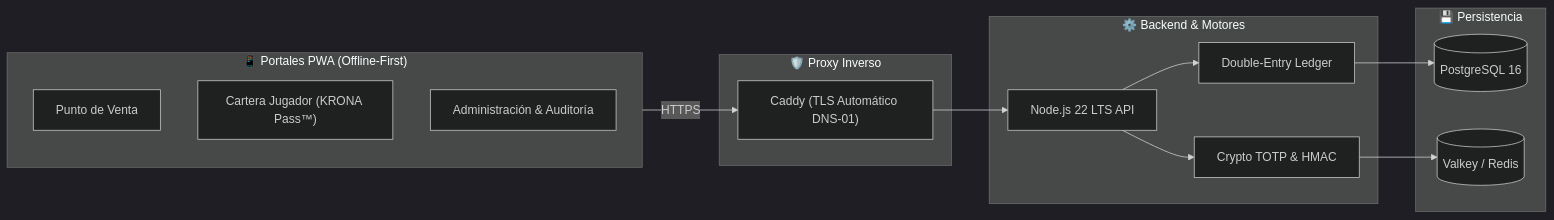
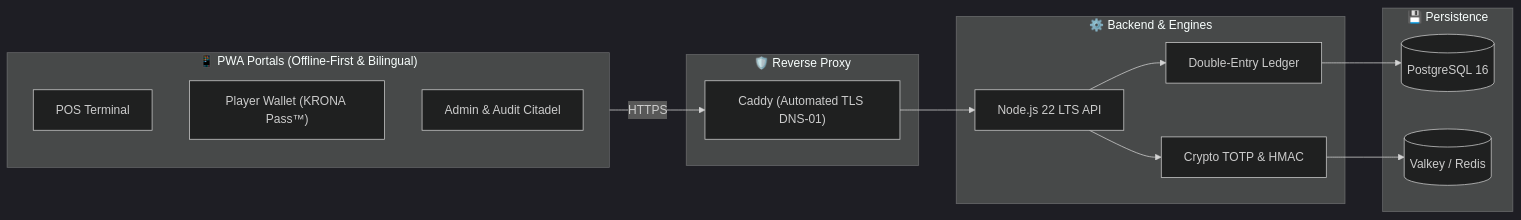
One commit to chamakov/krona-vault changed the diagram in README.md. Above: the diagram before and after it, drawn with Mermaid (dark theme). The commit also changed other lines of this file and 12 other files, not shown here.

````diff
--- a/README.md
+++ b/README.md
@@ -65,30 +67,30 @@
 ```mermaid
 flowchart LR
-    subgraph Frontend ["📱 Portales PWA (Offline-First)"]
-        POS["Punto de Venta"]
-        Wallet["Cartera Jugador (KRONA Pass™)"]
-        Admin["Administración & Auditoría"]
+    subgraph Frontend ["📱 PWA Portals (Offline-First & Bilingual)"]
+        POS["POS Terminal"]
+        Wallet["Player Wallet (KRONA Pass™)"]
+        Admin["Admin & Audit Citadel"]
     end
 
-    subgraph Gateway ["🛡️ Proxy Inverso"]
-        Caddy["Caddy (TLS Automático DNS-01)"]
+    subgraph Gateway ["🛡️ Reverse Proxy"]
+        Caddy["Caddy (Automated TLS DNS-01)"]
     end
 
-    subgraph CoreApp ["⚙️ Backend & Motores"]
+    subgraph CoreApp ["⚙️ Backend & Engines"]
         API["Node.js 22 LTS API"]
         LedgerEngine["Double-Entry Ledger"]
         CryptoTotp["Crypto TOTP & HMAC"]
     end
 
-    subgraph DataTier ["💾 Persistencia"]
+    subgraph DataTier ["💾 Persistence"]
         Postgres[("PostgreSQL 16")]
         Valkey[("Valkey / Redis")]
     end
 
     Frontend -->|HTTPS| Caddy
     Caddy --> API
     API --> LedgerEngine
     API --> CryptoTotp
     LedgerEngine --> Postgres
     CryptoTotp --> Valkey
 ```
````
